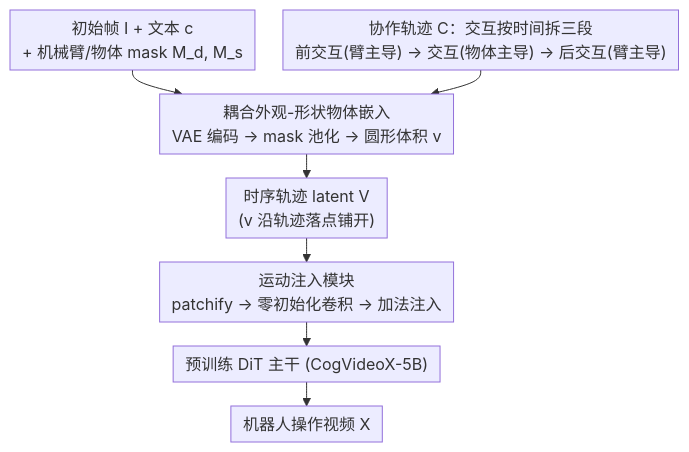
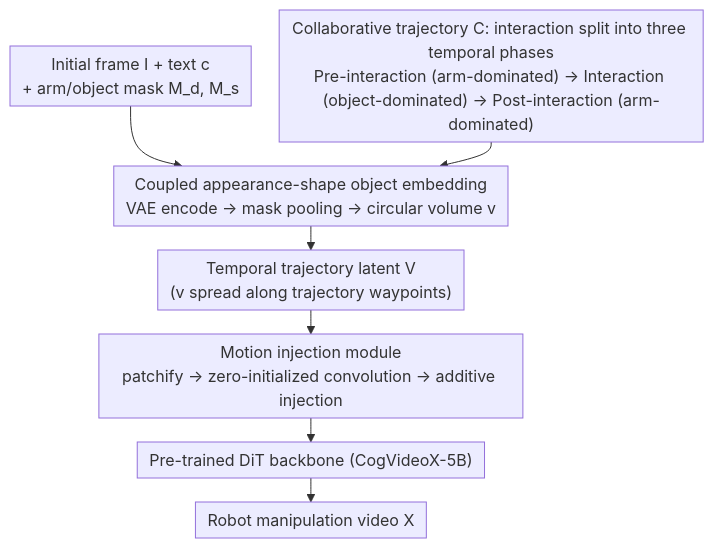
The diagram in docs/ICLR2026/video_generation/learning_video_generation_for_robotic_manipulation_with_collaborative_trajectory.md (zhaoyang97/Paper-Notes-en), drawn with Mermaid before and after one commit. The commit also changed 644 other files, not shown here.

````diff
--- a/docs/ICLR2026/video_generation/learning_video_generation_for_robotic_manipulation_with_collaborative_trajectory.md
+++ b/docs/ICLR2026/video_generation/learning_video_generation_for_robotic_manipulation_with_collaborative_trajectory.md
@@ -49,10 +49,10 @@
 ```mermaid
 %%{init: {'flowchart': {'rankSpacing': 24, 'nodeSpacing': 28, 'padding': 6, 'wrappingWidth': 400}}}%%
 flowchart TD
-    IN["初始帧 I + 文本 c<br/>+ 机械臂/物体 mask M_d, M_s"] --> EMB["耦合外观-形状物体嵌入<br/>VAE 编码 → mask 池化 → 圆形体积 v"]
-    TRAJ["协作轨迹 C：交互按时间拆三段<br/>前交互(臂主导) → 交互(物体主导) → 后交互(臂主导)"] --> EMB
-    EMB --> V["时序轨迹 latent V<br/>(v 沿轨迹落点铺开)"]
-    V --> INJ["运动注入模块<br/>patchify → 零初始化卷积 → 加法注入"]
-    INJ --> DIT["预训练 DiT 主干 (CogVideoX-5B)"]
-    DIT --> OUT["机器人操作视频 X"]
+    IN["Initial frame I + text c<br/>+ arm/object mask M_d, M_s"] --> EMB["Coupled appearance-shape object embedding<br/>VAE encode → mask pooling → circular volume v"]
+    TRAJ["Collaborative trajectory C: interaction split into three temporal phases<br/>Pre-interaction (arm-dominated) → Interaction (object-dominated) → Post-interaction (arm-dominated)"] --> EMB
+    EMB --> V["Temporal trajectory latent V<br/>(v spread along trajectory waypoints)"]
+    V --> INJ["Motion injection module<br/>patchify → zero-initialized convolution → additive injection"]
+    INJ --> DIT["Pre-trained DiT backbone (CogVideoX-5B)"]
+    DIT --> OUT["Robot manipulation video X"]
 ```
````
